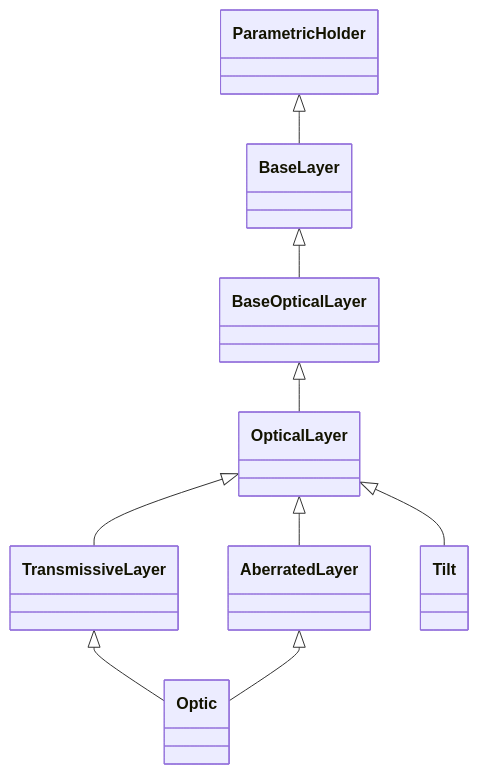
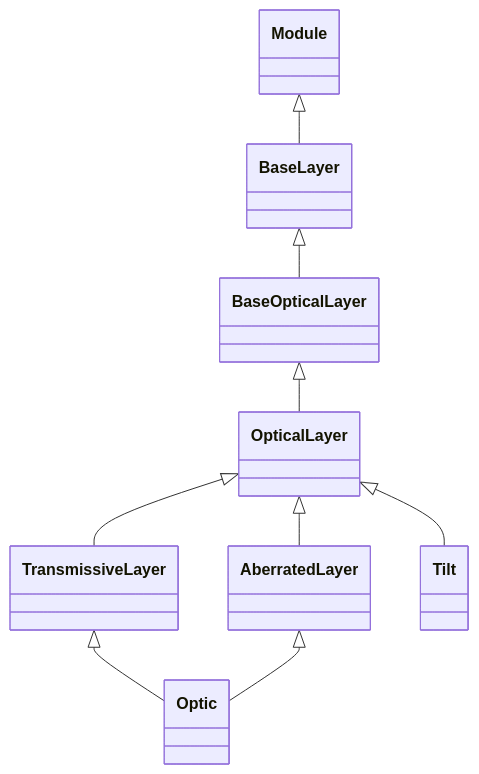
Before and after one commit to LouisDesdoigts/dLux: the fourth of 9 diagrams in docs/API/layers/overview.md, drawn with Mermaid. The commit also changed other lines of this file and 20 other files, not shown here.

First line of the commit message:
Align non-propagation layers with parametric contracts

````diff
--- a/docs/API/layers/overview.md
+++ b/docs/API/layers/overview.md
@@ -78,26 +134,26 @@
 ```mermaid
 classDiagram
     class dLux_layers_optical_BaseLayer["BaseLayer"]
     class dLux_layers_optical_BaseOpticalLayer["BaseOpticalLayer"]
     class dLux_layers_optical_OpticalLayer["OpticalLayer"]
     class dLux_layers_optical_TransmissiveLayer["TransmissiveLayer"]
     class dLux_layers_optical_AberratedLayer["AberratedLayer"]
     class dLux_layers_optical_Optic["Optic"]
     class dLux_layers_optical_Tilt["Tilt"]
-    class dLux_parametric_parametrics_ParametricHolder["ParametricHolder"]
-    dLux_parametric_parametrics_ParametricHolder <|-- dLux_layers_optical_BaseLayer
+    class zodiax_module_Module["Module"]
+    zodiax_module_Module <|-- dLux_layers_optical_BaseLayer
     click dLux_layers_optical_BaseLayer href "../optical/#dLux.layers.optical.BaseLayer" "Methods: apply()"
     dLux_layers_optical_BaseLayer <|-- dLux_layers_optical_BaseOpticalLayer
     click dLux_layers_optical_BaseOpticalLayer href "../optical/#dLux.layers.optical.BaseOpticalLayer" "Methods: apply_mono(), apply()"
     dLux_layers_optical_BaseOpticalLayer <|-- dLux_layers_optical_OpticalLayer
     click dLux_layers_optical_OpticalLayer href "../optical/#dLux.layers.optical.OpticalLayer" "Methods: context()"
     dLux_layers_optical_OpticalLayer <|-- dLux_layers_optical_TransmissiveLayer
     click dLux_layers_optical_TransmissiveLayer href "../optical/#dLux.layers.optical.TransmissiveLayer" "Attributes: transmission, normalise · Methods: apply_mono()"
     dLux_layers_optical_OpticalLayer <|-- dLux_layers_optical_AberratedLayer
     click dLux_layers_optical_AberratedLayer href "../optical/#dLux.layers.optical.AberratedLayer" "Attributes: opd, phase · Methods: apply_mono()"
     dLux_layers_optical_TransmissiveLayer <|-- dLux_layers_optical_Optic
     dLux_layers_optical_AberratedLayer <|-- dLux_layers_optical_Optic
-    click dLux_layers_optical_Optic href "../optical/#dLux.layers.optical.Optic" "Attributes: transmission, opd, phase, normalise · Methods: phasor(), apply_mono()"
+    click dLux_layers_optical_Optic href "../optical/#dLux.layers.optical.Optic" "Attributes: transmission, opd, phase, amplitude, jones, thickness, n, propagator, normalise · Methods: phasor(), apply(), apply_mono()"
     dLux_layers_optical_OpticalLayer <|-- dLux_layers_optical_Tilt
     click dLux_layers_optical_Tilt href "../optical/#dLux.layers.optical.Tilt" "Attributes: angles, unit · Methods: apply_mono()"
 ```
````
